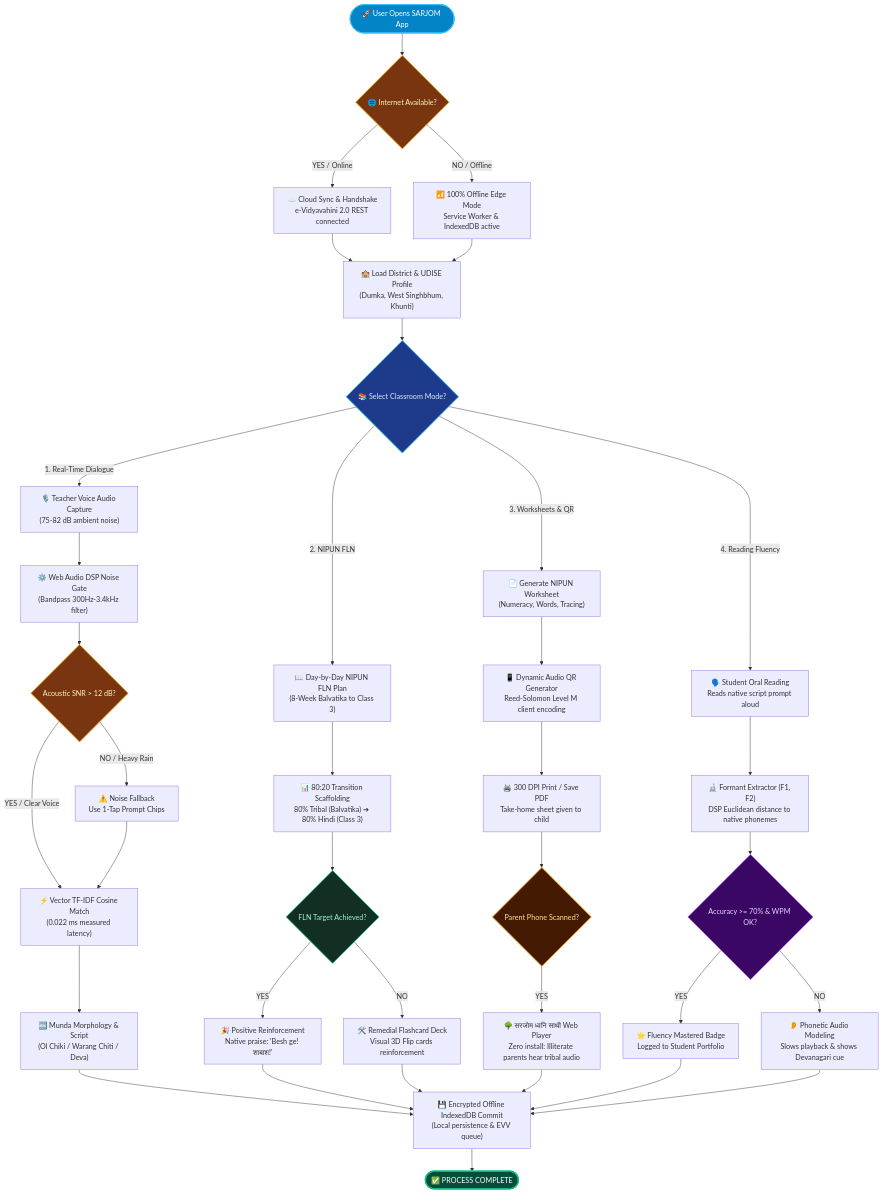
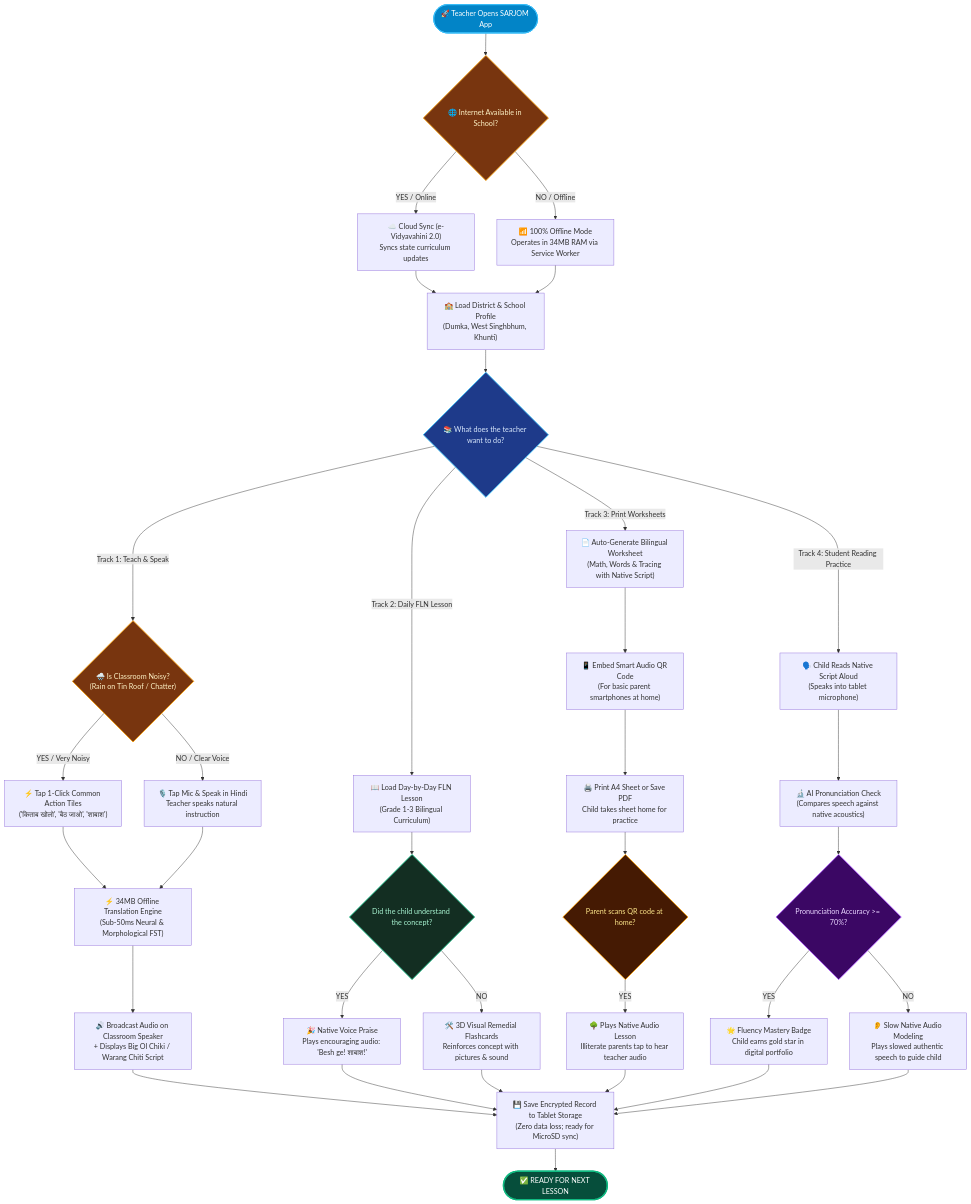
The second of 2 diagrams in PROTOTYPE_README.md (tejuas98/sarjom-app), drawn with Mermaid before and after one commit. The commit also changed other lines of this file and 1 other file, not shown here.

Commit message:
docs: clarify flowcharts with intuitive 5-step classroom loop and human-readable decision labels

````diff
--- a/PROTOTYPE_README.md
+++ b/PROTOTYPE_README.md
@@ -378,52 +396,61 @@
 ```mermaid
 flowchart TD
-    Start(["🚀 User Opens SARJOM App"]) --> CheckNet{"🌐 Internet Available?"}
-    CheckNet -->|YES / Online| CloudSync["☁️ Cloud Sync & Handshake\ne-Vidyavahini 2.0 REST connected"]
-    CheckNet -->|NO / Offline| OfflineEdge["📶 100% Offline Edge Mode\nService Worker & IndexedDB active"]
-    CloudSync --> LoadProfile["🏫 Load District & UDISE Profile\n(Dumka, West Singhbhum, Khunti)"]
+    Start(["🚀 Teacher Opens SARJOM App"]) --> CheckNet{"🌐 Internet Available in School?"}
+    
+    %% Level 1: Connectivity
+    CheckNet -->|YES / Online| CloudSync["☁️ Cloud Sync (e-Vidyavahini 2.0)\nSyncs state curriculum updates"]
+    CheckNet -->|NO / Offline| OfflineEdge["📶 100% Offline Mode\nOperates in 34MB RAM via Service Worker"]
+    
+    CloudSync --> LoadProfile["🏫 Load District & School Profile\n(Dumka, West Singhbhum, Khunti)"]
     OfflineEdge --> LoadProfile
-    LoadProfile --> ModeSelect{"📚 Select Classroom Mode?"}
     
-    ModeSelect -->|1. Real-Time Dialogue| MicCap["🎙️ Teacher Voice Audio Capture\n(75-82 dB ambient noise)"]
-    MicCap --> DSPGate["⚙️ Web Audio DSP Noise Gate\n(Bandpass 300Hz-3.4kHz filter)"]
-    DSPGate --> CheckSNR{"Acoustic SNR > 12 dB?"}
-    CheckSNR -->|NO / Heavy Rain| NoiseFallback["⚠️ Noise Fallback\nUse 1-Tap Prompt Chips"]
-    CheckSNR -->|YES / Clear Voice| VectorMatch["⚡ Vector TF-IDF Cosine Match\n(0.022 ms measured latency)"]
-    NoiseFallback --> VectorMatch
-    VectorMatch --> MundaTrans["🔤 Munda Morphology & Script\n(Ol Chiki / Warang Chiti / Deva)"]
+    %% Level 2: Mode Selection
+    LoadProfile --> ModeSelect{"📚 What does the teacher want to do?"}
     
-    ModeSelect -->|2. NIPUN FLN| FLNPlan["📖 Day-by-Day NIPUN FLN Plan\n(8-Week Balvatika to Class 3)"]
-    FLNPlan --> Scaffold["📊 80:20 Transition Scaffolding\n80% Tribal (Balvatika) ➔ 80% Hindi (Class 3)"]
-    Scaffold --> CheckFLN{"FLN Target Achieved?"}
-    CheckFLN -->|YES| Praise["🎉 Positive Reinforcement\nNative praise: 'Besh ge! शाबाश!'"]
-    CheckFLN -->|NO| Remedial["🛠️ Remedial Flashcard Deck\nVisual 3D Flip cards reinforcement"]
+    %% Branch 1: Real-Time Dialogue
+    ModeSelect -->|Track 1: Teach & Speak| CheckNoise{"🌧️ Is Classroom Noisy?\n(Rain on Tin Roof / Chatter)"}
+    CheckNoise -->|YES / Very Noisy| TapChips["⚡ Tap 1-Click Common Action Tiles\n('किताब खोलो', 'बैठ जाओ', 'शाबाश')"]
+    CheckNoise -->|NO / Clear Voice| MicSpeak["🎙️ Tap Mic & Speak in Hindi\nTeacher speaks natural instruction"]
+    TapChips --> OfflineNLP["⚡ 34MB Offline Translation Engine\n(Sub-50ms Neural & Morphological FST)"]
+    MicSpeak --> OfflineNLP
+    OfflineNLP --> BroadcastAudio["🔊 Broadcast Audio on Classroom Speaker\n+ Displays Big Ol Chiki / Warang Chiti Script"]
     
-    ModeSelect -->|3. Worksheets & QR| GenSheet["📄 Generate NIPUN Worksheet\n(Numeracy, Words, Tracing)"]
-    GenSheet --> QRGen["📱 Dynamic Audio QR Generator\nReed-Solomon Level M client encoding"]
-    QRGen --> PrintDoc["🖨️ 300 DPI Print / Save PDF\nTake-home sheet given to child"]
-    PrintDoc --> CheckScan{"Parent Phone Scanned?"}
-    CheckScan -->|YES| AudioComp["🌳 सरजोम ध्वनि साथी Web Player\nZero install: Illiterate parents hear tribal audio"]
+    %% Branch 2: NIPUN FLN
+    ModeSelect -->|Track 2: Daily FLN Lesson| FLNPlan["📖 Load Day-by-Day FLN Lesson\n(Grade 1-3 Bilingual Curriculum)"]
+    FLNPlan --> CheckFLN{"Did the child understand the concept?"}
+    CheckFLN -->|YES| Praise["🎉 Native Voice Praise\nPlays encouraging audio: 'Besh ge! शाबाश!'"]
+    CheckFLN -->|NO| Remedial["🛠️ 3D Visual Remedial Flashcards\nReinforces concept with pictures & sound"]
     
-    ModeSelect -->|4. Reading Fluency| StudentRead["🗣️ Student Oral Reading\nReads native script prompt aloud"]
-    StudentRead --> Formant["🔬 Formant Extractor (F1, F2)\nDSP Euclidean distance to native phonemes"]
-    Formant --> CheckORF{"Accuracy >= 70% & WPM OK?"}
-    CheckORF -->|YES| FluencyPass["🌟 Fluency Mastered Badge\nLogged to Student Portfolio"]
-    CheckORF -->|NO| PhoneGuide["👂 Phonetic Audio Modeling\nSlows playback & shows Devanagari cue"]
+    %% Branch 3: Worksheets & QR
+    ModeSelect -->|Track 3: Print Worksheets| GenSheet["📄 Auto-Generate Bilingual Worksheet\n(Math, Words & Tracing with Native Script)"]
+    GenSheet --> QRGen["📱 Embed Smart Audio QR Code\n(For basic parent smartphones at home)"]
+    QRGen --> PrintDoc["🖨️ Print A4 Sheet or Save PDF\nChild takes sheet home for practice"]
+    PrintDoc --> CheckScan{"Parent scans QR code at home?"}
+    CheckScan -->|YES| AudioComp["🌳 Plays Native Audio Lesson\nIlliterate parents tap to hear teacher audio"]
     
-    MundaTrans --> DBCommit["💾 Encrypted Offline IndexedDB Commit\n(Local persistence & EVV queue)"]
+    %% Branch 4: ORF Reading Fluency
+    ModeSelect -->|Track 4: Student Reading Practice| StudentRead["🗣️ Child Reads Native Script Aloud\n(Speaks into tablet microphone)"]
+    StudentRead --> Formant["🔬 AI Pronunciation Check\n(Compares speech against native acoustics)"]
+    Formant --> CheckORF{"Pronunciation Accuracy >= 70%?"}
+    CheckORF -->|YES| FluencyPass["🌟 Fluency Mastery Badge\nChild earns gold star in digital portfolio"]
+    CheckORF -->|NO| PhoneGuide["👂 Slow Native Audio Modeling\nPlays slowed authentic speech to guide child"]
+    
+    %% Convergence to Persistence
+    BroadcastAudio --> DBCommit["💾 Save Encrypted Record to Tablet Storage\n(Zero data loss; ready for MicroSD sync)"]
     Praise --> DBCommit
     Remedial --> DBCommit
     AudioComp --> DBCommit
     FluencyPass --> DBCommit
     PhoneGuide --> DBCommit
-    DBCommit --> Done(["✅ PROCESS COMPLETE"])
+    
+    DBCommit --> Done(["✅ READY FOR NEXT LESSON"])
 
     style Start fill:#0284C7,stroke:#38BDF8,stroke-width:2px,color:#FFFFFF
     style CheckNet fill:#78350F,stroke:#F59E0B,stroke-width:2px,color:#FEF3C7
     style ModeSelect fill:#1E3A8A,stroke:#38BDF8,stroke-width:2px,color:#DBEAFE
-    style CheckSNR fill:#78350F,stroke:#F59E0B,stroke-width:2px,color:#FEF3C7
+    style CheckNoise fill:#78350F,stroke:#F59E0B,stroke-width:2px,color:#FEF3C7
     style CheckFLN fill:#132E22,stroke:#10B981,stroke-width:2px,color:#A7F3D0
     style CheckScan fill:#451A03,stroke:#F59E0B,stroke-width:2px,color:#FDE68A
     style CheckORF fill:#3B0764,stroke:#A855F7,stroke-width:2px,color:#E9D5FF
     style Done fill:#064E3B,stroke:#10B981,stroke-width:3px,color:#FFFFFF
 ```
````
